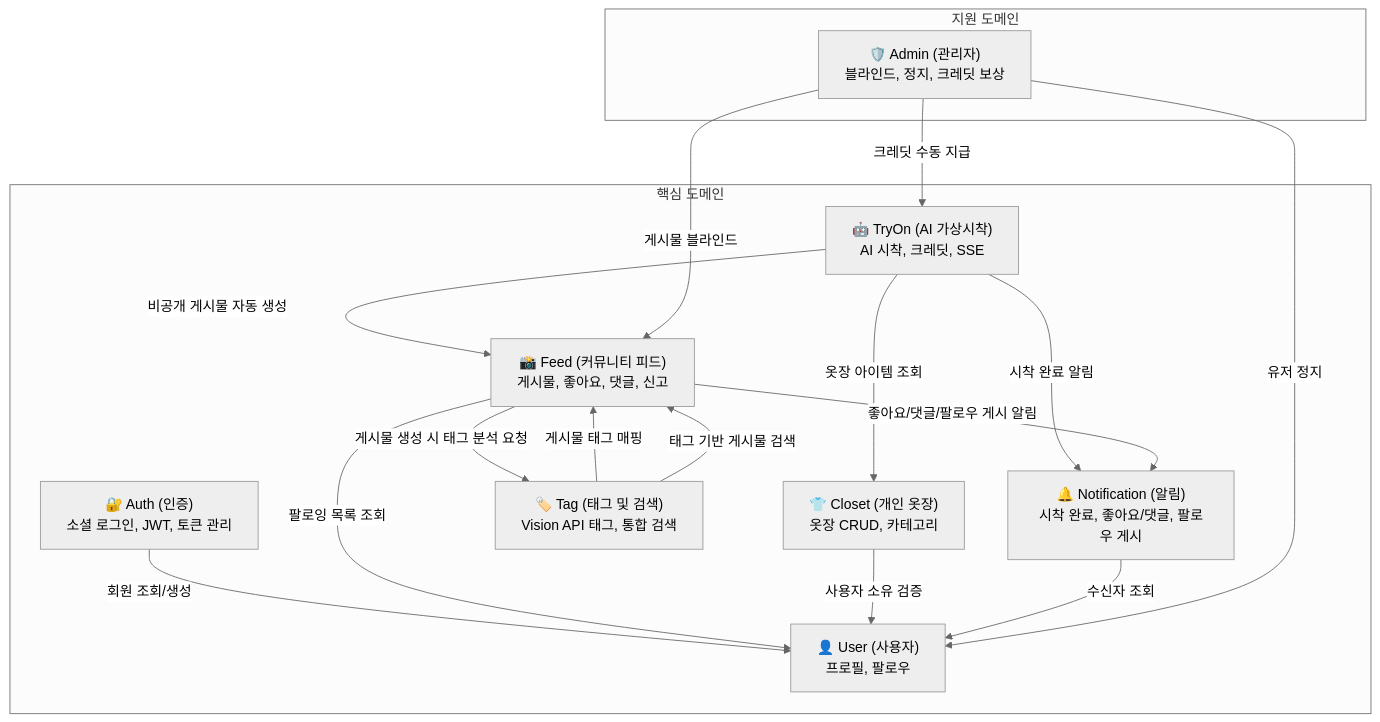
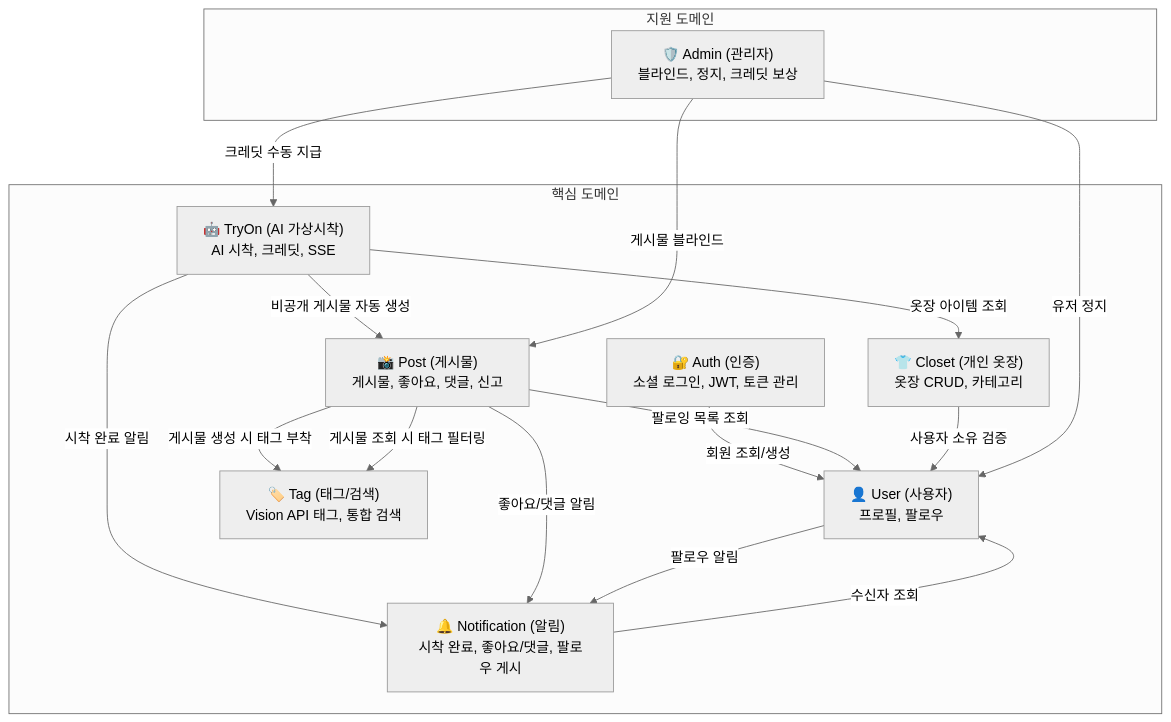
One commit to newlecture-ibm2/team2-simul changed the diagram in docs/simul-backend-architecture.md. Above: the diagram before and after it, drawn with Mermaid (neutral theme). The commit also changed other lines of this file, not shown here.

Commit message:
docs: 아키텍처 문서를 최신 명세서 구조에 맞게 업데이트 (Post 및 Tag 도메인 분리)

````diff
--- a/docs/simul-backend-architecture.md
+++ b/docs/simul-backend-architecture.md
@@ -52,31 +54,31 @@
 ```mermaid
 graph TD
     subgraph Core["핵심 도메인"]
         AUTH["🔐 Auth (인증)<br/>소셜 로그인, JWT, 토큰 관리"]
         USER["👤 User (사용자)<br/>프로필, 팔로우"]
         CLOSET["👕 Closet (개인 옷장)<br/>옷장 CRUD, 카테고리"]
         TRYON["🤖 TryOn (AI 가상시착)<br/>AI 시착, 크레딧, SSE"]
-        FEED["📸 Feed (커뮤니티 피드)<br/>게시물, 좋아요, 댓글, 신고"]
-        TAG["🏷️ Tag (태그 및 검색)<br/>Vision API 태그, 통합 검색"]
+        POST["📸 Post (게시물)<br/>게시물, 좋아요, 댓글, 신고"]
+        TAG["🏷️ Tag (태그/검색)<br/>Vision API 태그, 통합 검색"]
         NOTI["🔔 Notification (알림)<br/>시착 완료, 좋아요/댓글, 팔로우 게시"]
     end
 
     subgraph Support["지원 도메인"]
         ADMIN["🛡️ Admin (관리자)<br/>블라인드, 정지, 크레딧 보상"]
     end
 
     AUTH -->|회원 조회/생성| USER
     TRYON -->|옷장 아이템 조회| CLOSET
-    TRYON -->|비공개 게시물 자동 생성| FEED
-    FEED -->|팔로잉 목록 조회| USER
+    TRYON -->|비공개 게시물 자동 생성| POST
+    POST -->|팔로잉 목록 조회| USER
     CLOSET -->|사용자 소유 검증| USER
-    TAG -->|게시물 태그 매핑| FEED
-    TAG -->|태그 기반 게시물 검색| FEED
-    FEED -->|게시물 생성 시 태그 분석 요청| TAG
+    POST -->|게시물 생성 시 태그 부착| TAG
+    POST -->|게시물 조회 시 태그 필터링| TAG
     TRYON -->|시착 완료 알림| NOTI
-    FEED -->|좋아요/댓글/팔로우 게시 알림| NOTI
+    POST -->|좋아요/댓글 알림| NOTI
+    USER -->|팔로우 알림| NOTI
     NOTI -->|수신자 조회| USER
-    ADMIN -->|게시물 블라인드| FEED
+    ADMIN -->|게시물 블라인드| POST
     ADMIN -->|유저 정지| USER
     ADMIN -->|크레딧 수동 지급| TRYON
 ```
````
